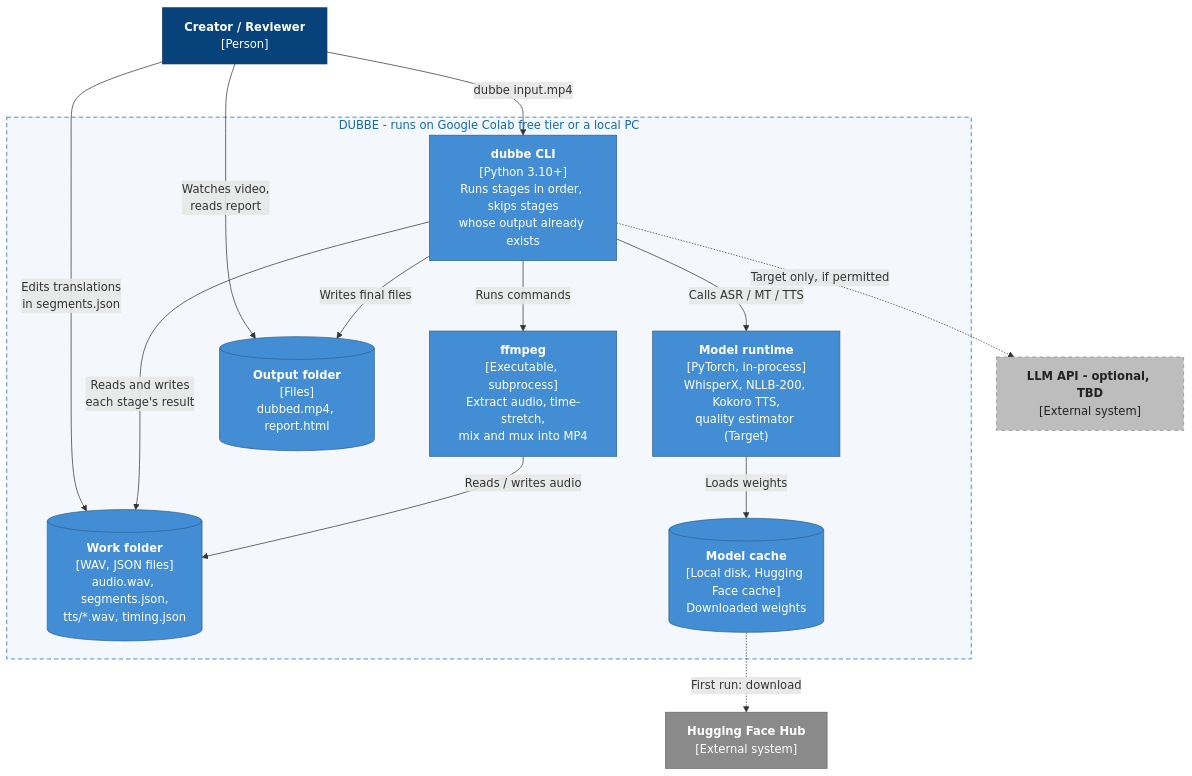
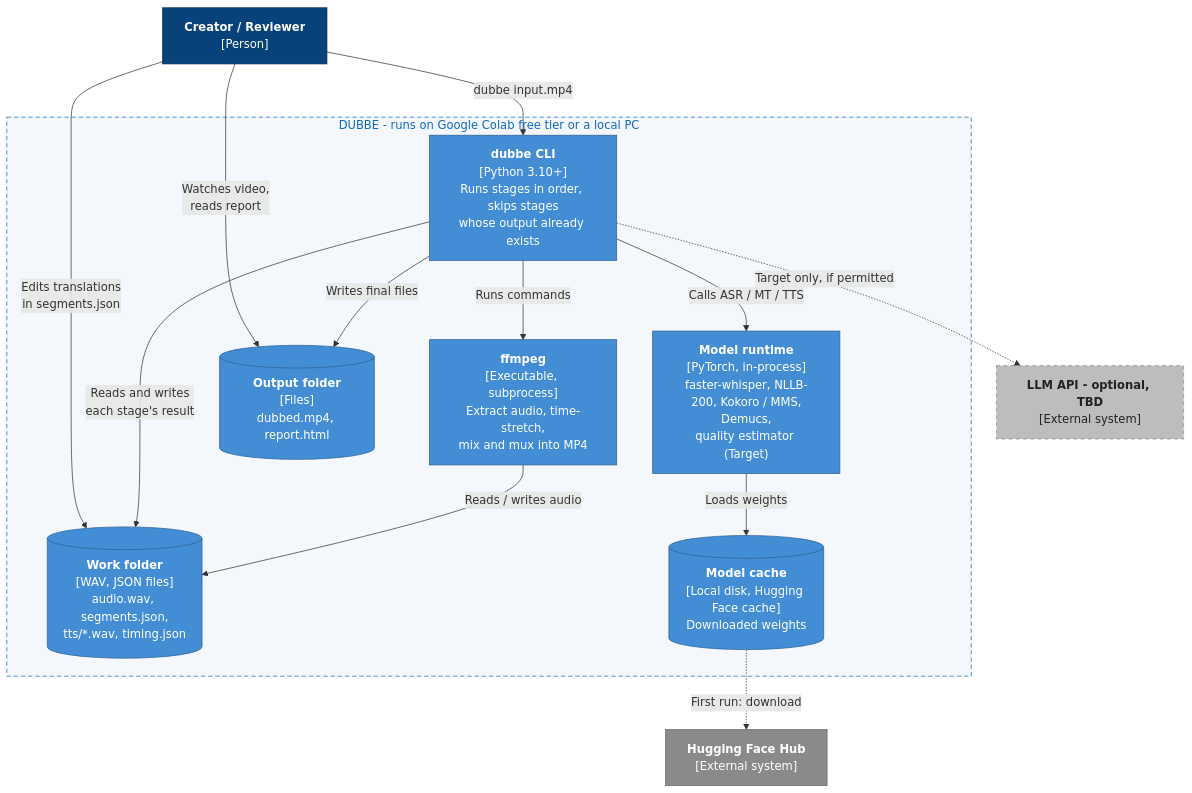
The diagram in docs/diagrams/c2-containers.mmd (0C2L2/dubbe-ai), drawn with Mermaid before and after one commit. The commit also changed 15 other files, not shown here.

First line of the commit message:
Update docs: architecture (11 stages), plan, test plan and results

```diff
--- a/docs/diagrams/c2-containers.mmd
+++ b/docs/diagrams/c2-containers.mmd
@@ -1,39 +1,39 @@
 %% C4 Level 2 - Containers
 flowchart TB
     user["<b>Creator / Reviewer</b><br/>[Person]"]
 
     subgraph dubbe["DUBBE - runs on Google Colab free tier or a local PC"]
         cli["<b>dubbe CLI</b><br/>[Python 3.10+]<br/>Runs stages in order, skips stages<br/>whose output already exists"]
         ffmpeg["<b>ffmpeg</b><br/>[Executable, subprocess]<br/>Extract audio, time-stretch,<br/>mix and mux into MP4"]
-        models["<b>Model runtime</b><br/>[PyTorch, in-process]<br/>WhisperX, NLLB-200, Kokoro TTS,<br/>quality estimator (Target)"]
+        models["<b>Model runtime</b><br/>[PyTorch, in-process]<br/>faster-whisper, NLLB-200, Kokoro / MMS,<br/>Demucs,<br/>quality estimator (Target)"]
         work[("<b>Work folder</b><br/>[WAV, JSON files]<br/>audio.wav, segments.json,<br/>tts/*.wav, timing.json")]
         out[("<b>Output folder</b><br/>[Files]<br/>dubbed.mp4, report.html")]
         cache[("<b>Model cache</b><br/>[Local disk, Hugging Face cache]<br/>Downloaded weights")]
     end
 
     hf["<b>Hugging Face Hub</b><br/>[External system]"]
     llm["<b>LLM API - optional, TBD</b><br/>[External system]"]
 
     user -- "dubbe input.mp4" --> cli
     user -- "Edits translations<br/>in segments.json" --> work
     user -- "Watches video,<br/>reads report" --> out
     cli -- "Runs commands" --> ffmpeg
     cli -- "Calls ASR / MT / TTS" --> models
     cli -- "Reads and writes<br/>each stage's result" --> work
     cli -- "Writes final files" --> out
     ffmpeg -- "Reads / writes audio" --> work
     models -- "Loads weights" --> cache
     cache -. "First run: download" .-> hf
     cli -. "Target only, if permitted" .-> llm
 
     classDef person fill:#08427b,stroke:#052e56,color:#fff
     classDef container fill:#438dd5,stroke:#2e6295,color:#fff
     classDef store fill:#438dd5,stroke:#2e6295,color:#fff
     classDef external fill:#8a8a8a,stroke:#6b6b6b,color:#fff
     classDef optional fill:#bdbdbd,stroke:#8a8a8a,color:#222,stroke-dasharray:5 5
     class user person
     class cli,ffmpeg,models container
     class work,out,cache store
     class hf external
     class llm optional
     style dubbe fill:#f4f8fc,stroke:#1168bd,stroke-dasharray:6 4,color:#1168bd
```
